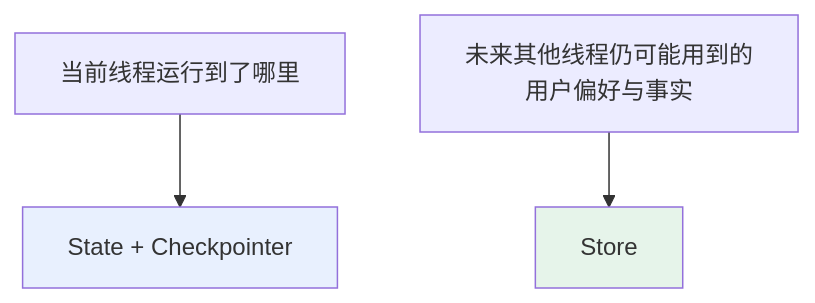
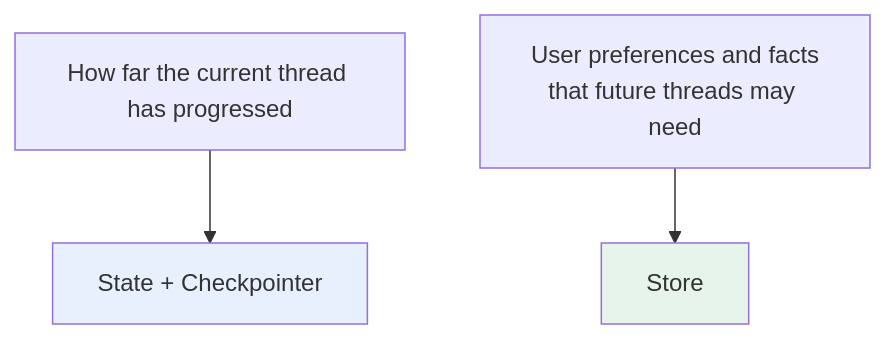
The first of 2 diagrams in docs/frameworks/01-langchain/02-agent-building/06-memory.md (oneleaveknowsthefall/awesome-ai-roadmap), drawn with Mermaid before and after one commit. The commit also changed other lines of this file and 70 other files, not shown here.

````diff
--- a/docs/frameworks/01-langchain/02-agent-building/06-memory.md
+++ b/docs/frameworks/01-langchain/02-agent-building/06-memory.md
@@ -18,8 +18,8 @@
 ```mermaid
 flowchart TB
-    A["当前线程运行到了哪里"] --> B["State + Checkpointer"]
-    C["未来其他线程仍可能用到的<br/>用户偏好与事实"] --> D["Store"]
+    A["How far the current thread has progressed"] --> B["State + Checkpointer"]
+    C["User preferences and facts<br/>that future threads may need"] --> D["Store"]
 
     style B fill:#e8f0fe
     style D fill:#e6f4ea
 ```
````
